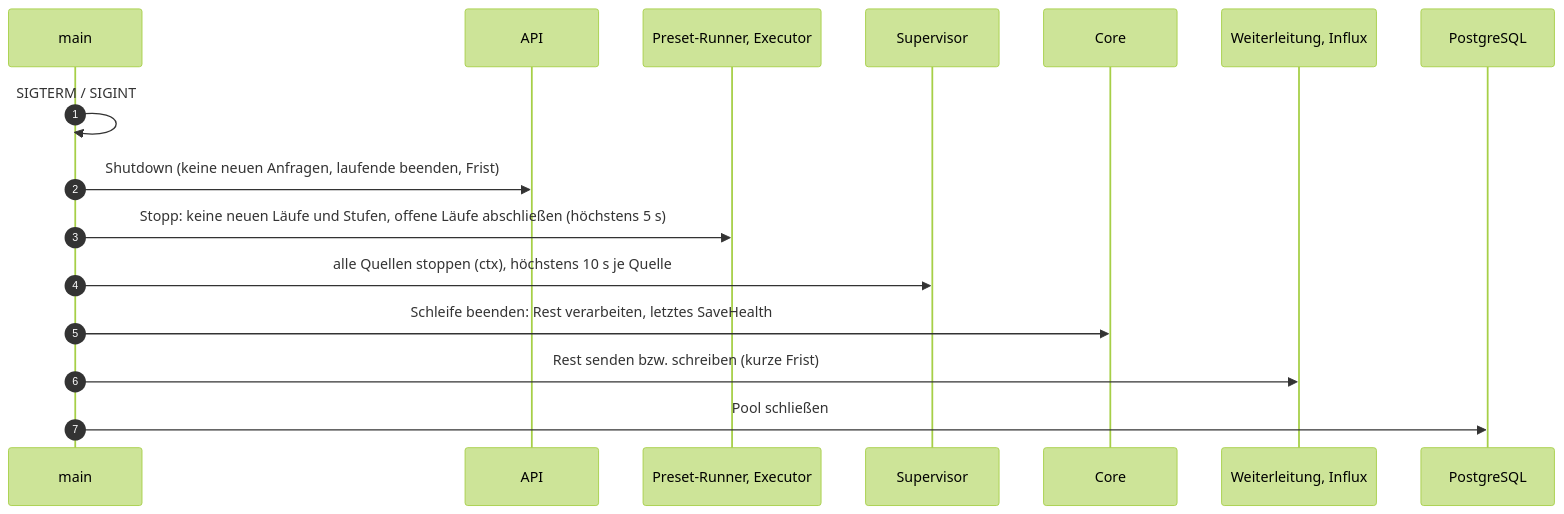
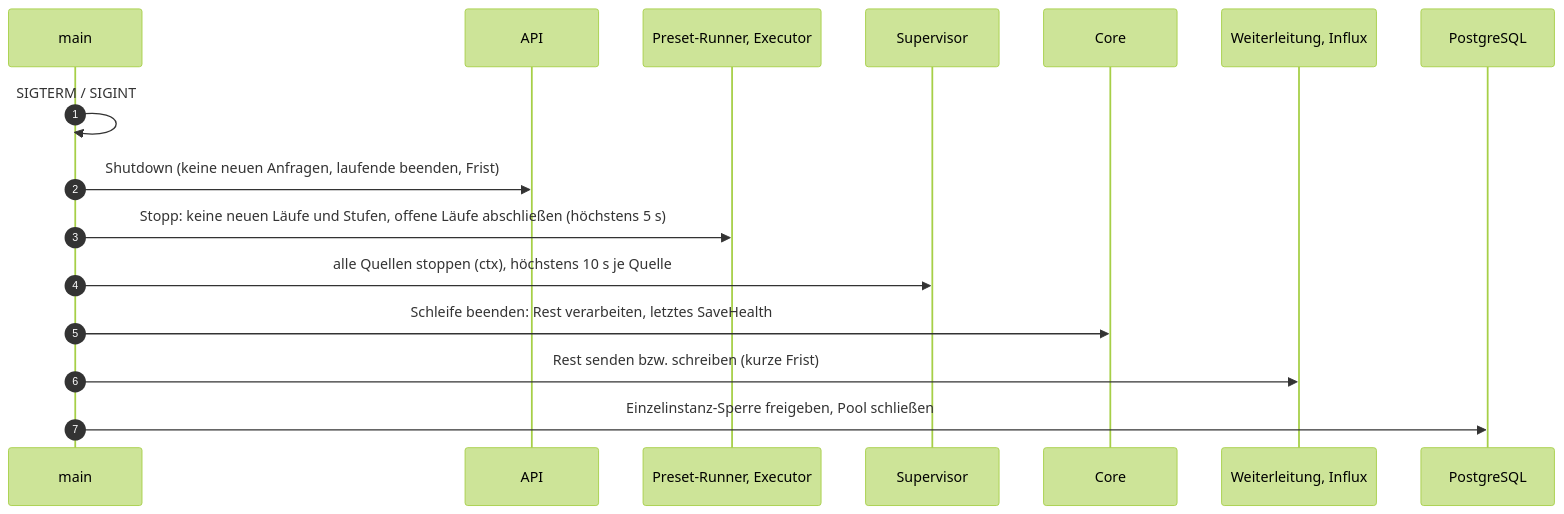
Before and after one commit to lukirs95/monika: the second of 6 diagrams in docs/contracts/flows.md, drawn with Mermaid (forest theme). The commit also changed other lines of this file and 11 other files, not shown here.

````diff
--- a/docs/contracts/flows.md
+++ b/docs/contracts/flows.md
@@ -61,19 +67,19 @@
 ```mermaid
 sequenceDiagram
     autonumber
     participant M as main
     participant A as API
     participant P as Preset-Runner, Executor
     participant Sup as Supervisor
     participant C as Core
     participant X as Weiterleitung, Influx
     participant DB as PostgreSQL
 
     M->>M: SIGTERM / SIGINT
     M->>A: Shutdown (keine neuen Anfragen, laufende beenden, Frist)
     M->>P: Stopp: keine neuen Läufe und Stufen, offene Läufe abschließen (höchstens 5 s)
     M->>Sup: alle Quellen stoppen (ctx), höchstens 10 s je Quelle
     M->>C: Schleife beenden: Rest verarbeiten, letztes SaveHealth
     M->>X: Rest senden bzw. schreiben (kurze Frist)
-    M->>DB: Pool schließen
+    M->>DB: Einzelinstanz-Sperre freigeben, Pool schließen
 ```
````
